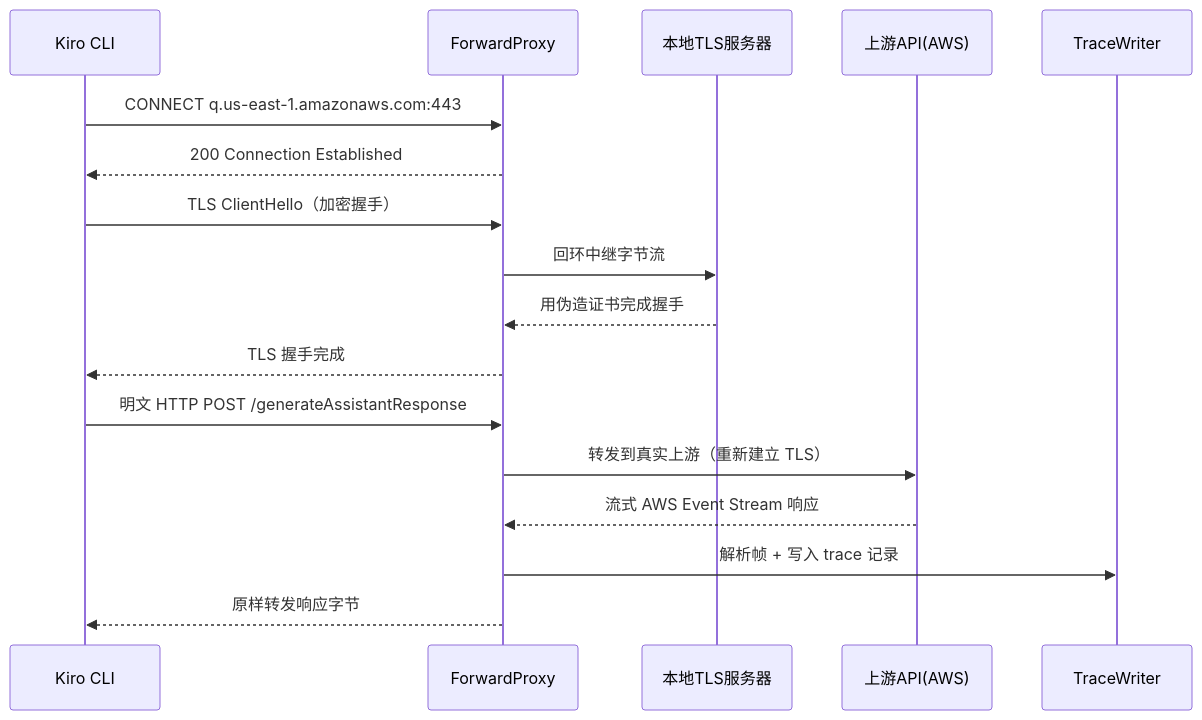
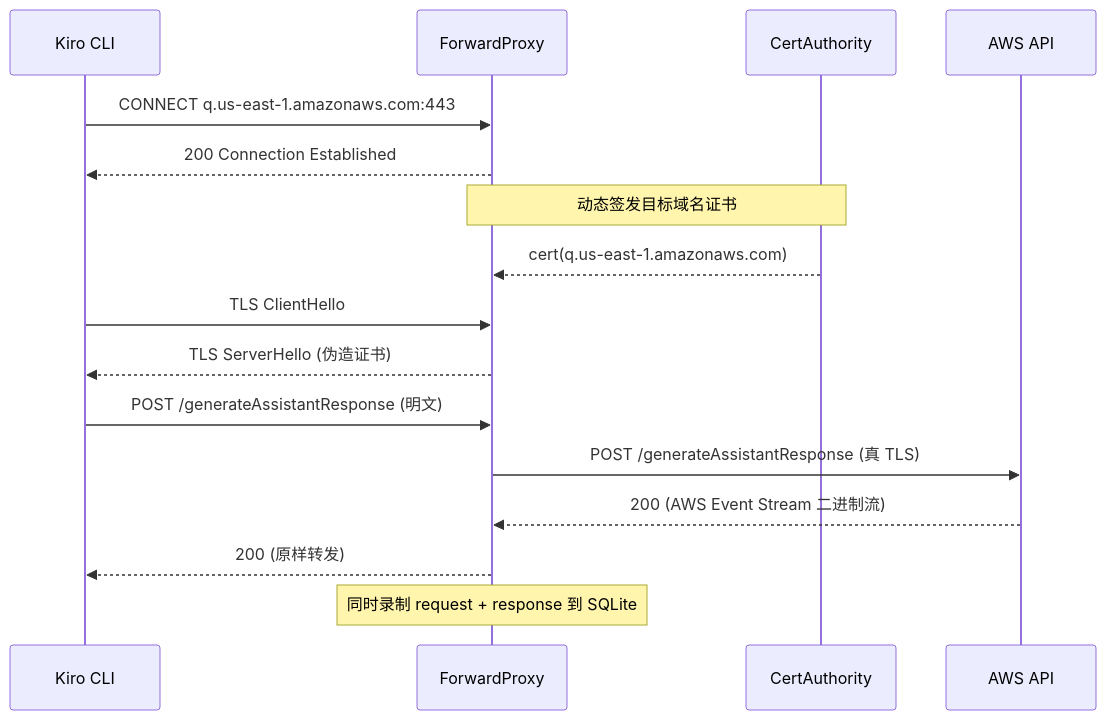
Before and after one commit to TsinHzl/kiro-tap: the first of 2 diagrams in kiro-tap_源码全景解析.md, drawn with Mermaid. The commit also changed other lines of this file, not shown here.

````diff
--- a/kiro-tap_源码全景解析.md
+++ b/kiro-tap_源码全景解析.md
@@ -247,19 +222,19 @@
 ```mermaid
 sequenceDiagram
     participant K as Kiro CLI
     participant FP as ForwardProxy
-    participant TLS as 本地TLS服务器
-    participant UP as 上游API(AWS)
-    participant TW as TraceWriter
+    participant CA as CertAuthority
+    participant AWS as AWS API
+
     K->>FP: CONNECT q.us-east-1.amazonaws.com:443
     FP-->>K: 200 Connection Established
-    K->>FP: TLS ClientHello（加密握手）
-    FP->>TLS: 回环中继字节流
-    TLS-->>FP: 用伪造证书完成握手
-    FP-->>K: TLS 握手完成
-    K->>FP: 明文 HTTP POST /generateAssistantResponse
-    FP->>UP: 转发到真实上游（重新建立 TLS）
-    UP-->>FP: 流式 AWS Event Stream 响应
-    FP->>TW: 解析帧 + 写入 trace 记录
-    FP-->>K: 原样转发响应字节
+    Note over FP,CA: 动态签发目标域名证书
+    CA-->>FP: cert(q.us-east-1.amazonaws.com)
+    K->>FP: TLS ClientHello
+    FP-->>K: TLS ServerHello (伪造证书)
+    K->>FP: POST /generateAssistantResponse (明文)
+    FP->>AWS: POST /generateAssistantResponse (真 TLS)
+    AWS-->>FP: 200 (AWS Event Stream 二进制流)
+    FP-->>K: 200 (原样转发)
+    Note over FP: 同时录制 request + response 到 SQLite
 ```
````
